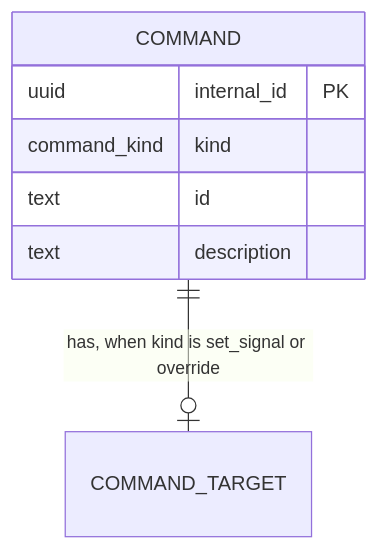
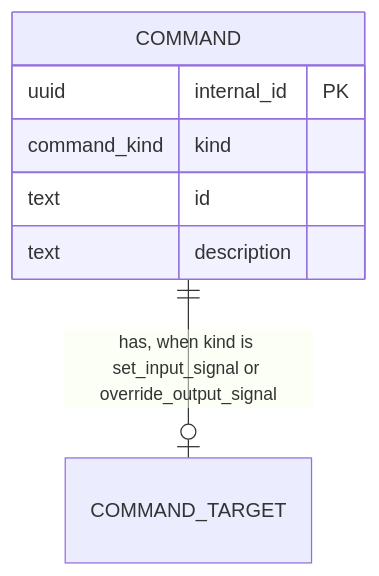
The diagram in metadata/entities/18-command.md (AlexandreGallais/synoptic-studio-spec), drawn with Mermaid before and after one commit. The commit also changed other lines of this file and 4 other files, not shown here.

````diff
--- a/metadata/entities/18-command.md
+++ b/metadata/entities/18-command.md
@@ -13,10 +13,10 @@
 ```mermaid
 erDiagram
     COMMAND {
         uuid internal_id PK
         command_kind kind
         text id
         text description
     }
-    COMMAND ||--o| COMMAND_TARGET : "has, when kind is set_signal or override"
+    COMMAND ||--o| COMMAND_TARGET : "has, when kind is set_input_signal or override_output_signal"
 ```
````
